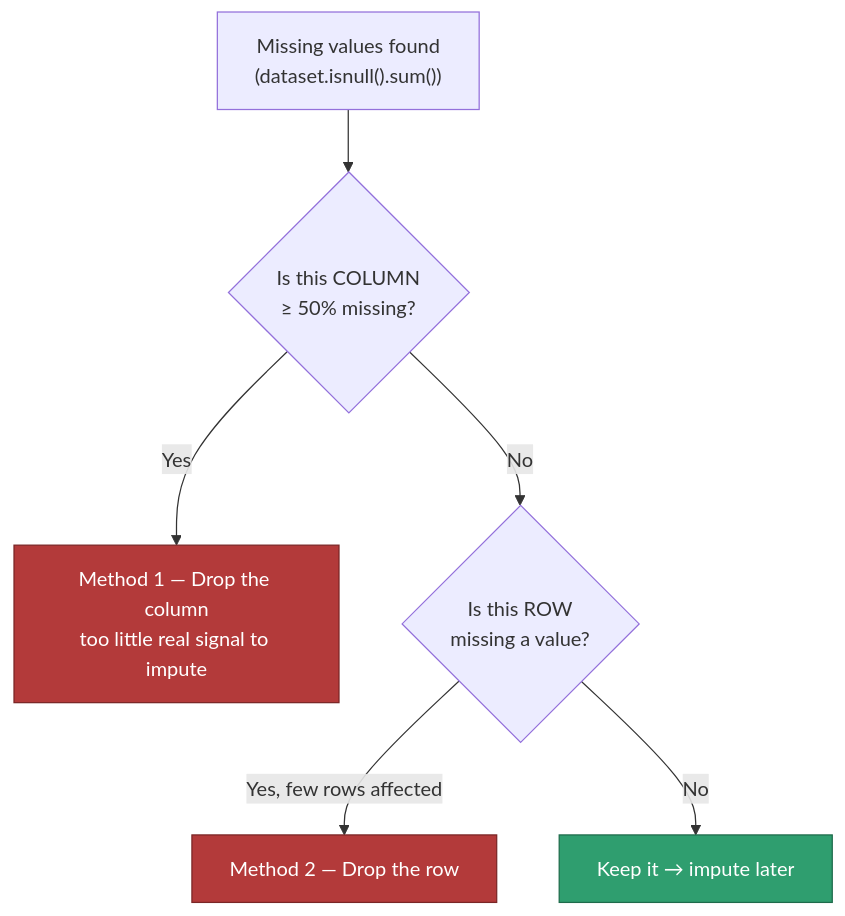
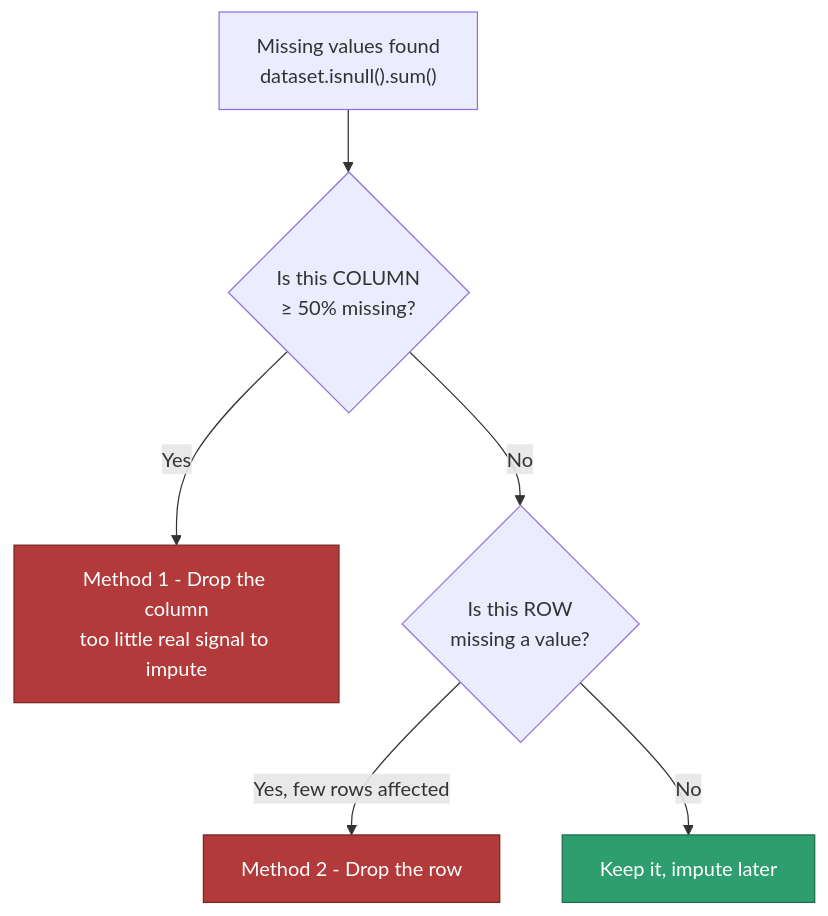
One commit to coderkali/machine_learning changed the diagram in ML/06_Dropping_Missing_Values.MD. Above: the diagram before and after it, drawn with Mermaid. The commit also changed other lines of this file, not shown here.

Commit message:
Add notes:: ML : Enahnce the Dropping Missing avlues explanantion

````diff
--- a/ML/06_Dropping_Missing_Values.MD
+++ b/ML/06_Dropping_Missing_Values.MD
@@ -11,12 +16,12 @@
 ```mermaid
 flowchart TD
-    A["Missing values found<br/>(dataset.isnull().sum())"] --> B{"Is this COLUMN<br/>&ge; 50% missing?"}
-    B -->|Yes| C["Method 1 — Drop the column<br/>too little real signal to impute"]
-    B -->|No| D{"Is this ROW<br/>missing a value?"}
-    D -->|Yes, few rows affected| E["Method 2 — Drop the row"]
-    D -->|No| F["Keep it → impute later"]
+    A["Missing values found<br/>dataset.isnull().sum()"] --> B{"Is this COLUMN<br/>&ge; 50% missing?"}
+    B -->|"Yes"| C["Method 1 - Drop the column<br/>too little real signal to impute"]
+    B -->|"No"| D{"Is this ROW<br/>missing a value?"}
+    D -->|"Yes, few rows affected"| E["Method 2 - Drop the row"]
+    D -->|"No"| F["Keep it, impute later"]
 
     style C fill:#b33a3a,stroke:#7a2626,color:#fff
     style E fill:#b33a3a,stroke:#7a2626,color:#fff
     style F fill:#2f9e6f,stroke:#1e6b4b,color:#fff
 ```
````
